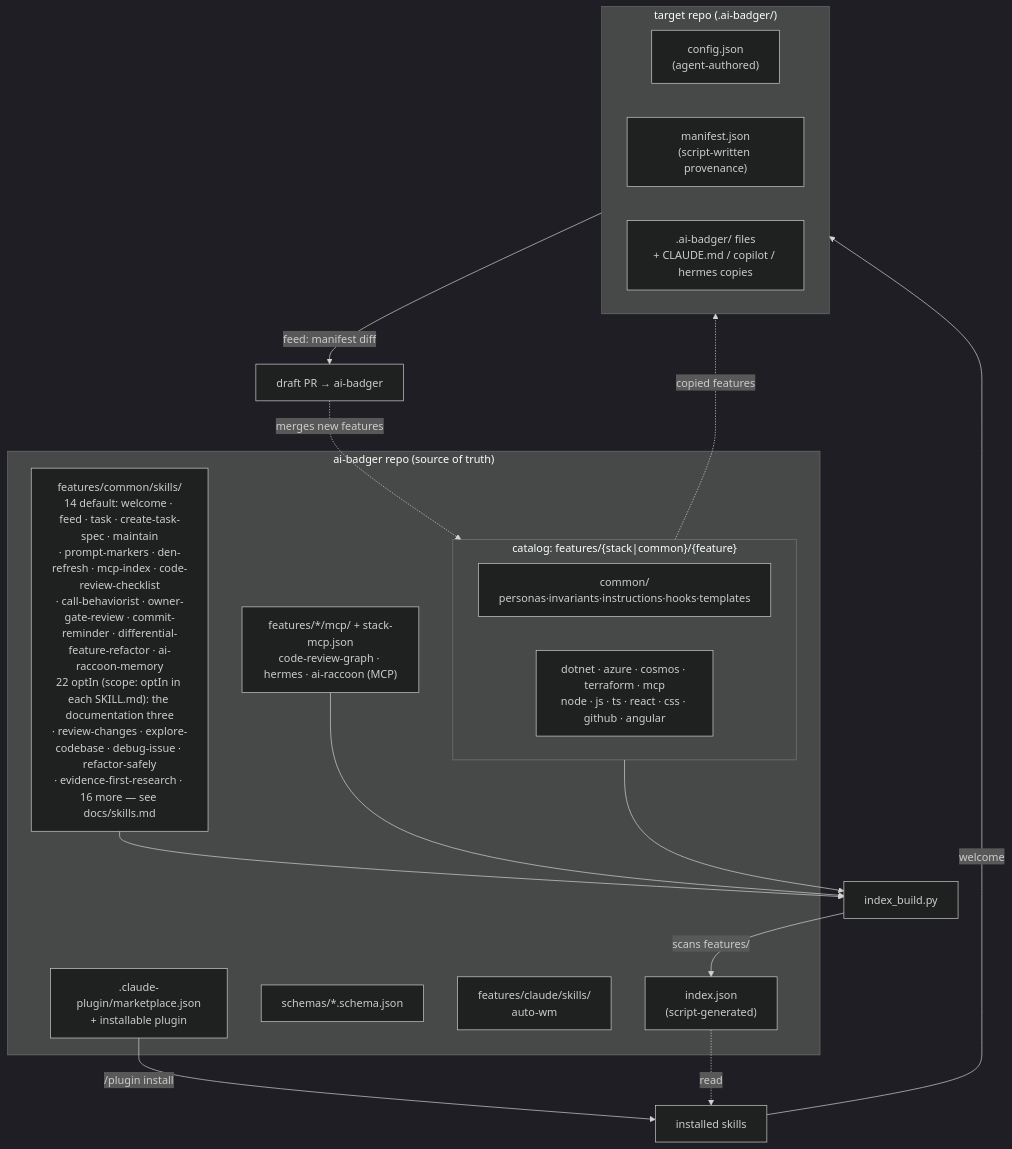
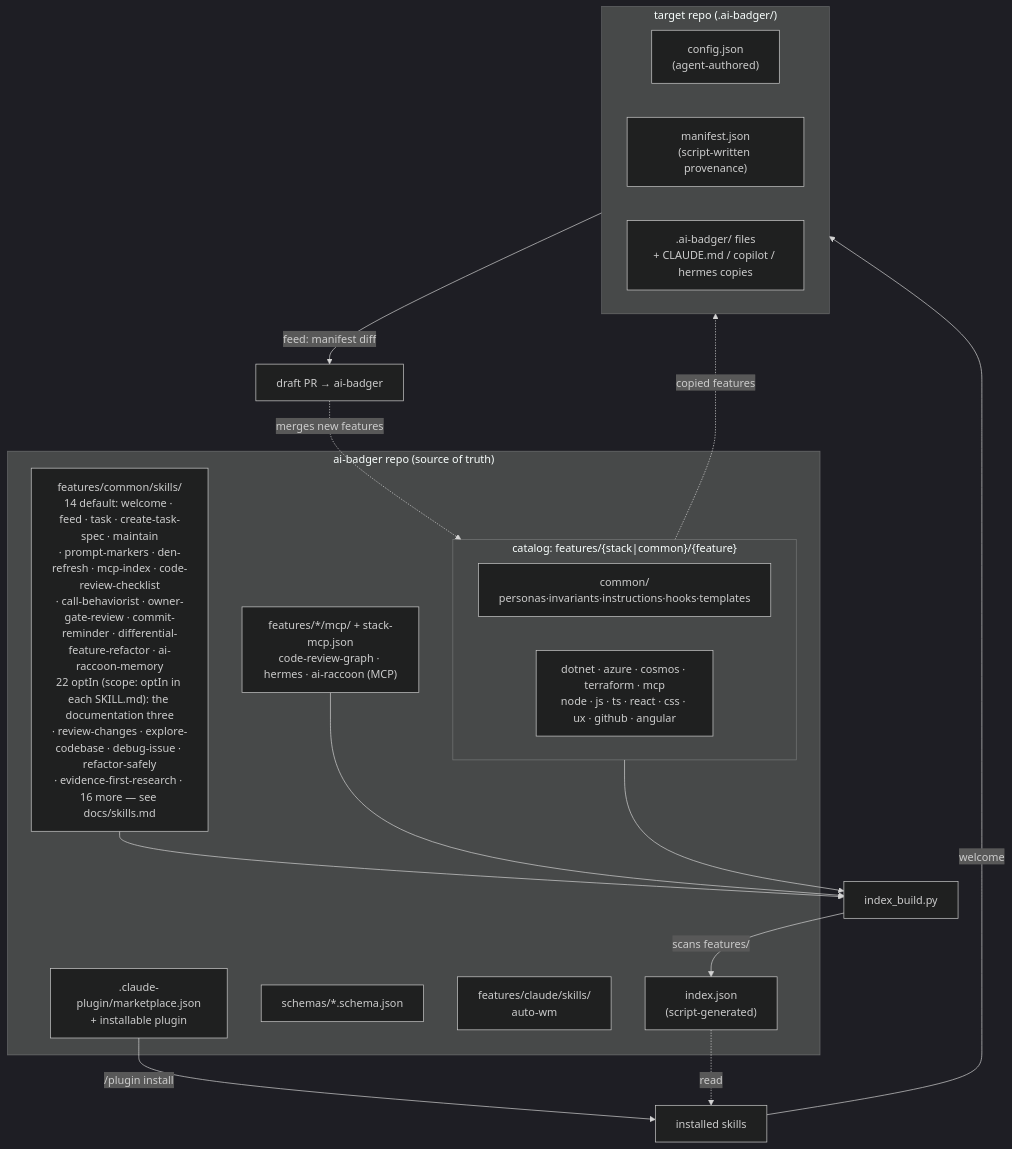
Before and after one commit to Arasz/ai-badger: the diagram in README.md, drawn with Mermaid (dark theme). The commit also changed other lines of this file and 22 other files, not shown here.

````diff
--- a/README.md
+++ b/README.md
@@ -273,30 +273,30 @@
 ```mermaid
 flowchart TB
   subgraph FW["ai-badger repo (source of truth)"]
     IDX["index.json\n(script-generated)"]
     SCH["schemas/*.schema.json"]
     subgraph CAT["catalog: features/{stack|common}/{feature}"]
       COMMON["common/\npersonas·invariants·instructions·hooks·templates"]
-      STACKS["dotnet · azure · cosmos · terraform · mcp\nnode · js · ts · react · css · github · angular"]
+      STACKS["dotnet · azure · cosmos · terraform · mcp\nnode · js · ts · react · css · ux · github · angular"]
     end
     SKILLSDIR["features/common/skills/\n14 default: welcome · feed · task · create-task-spec · maintain\n· prompt-markers · den-refresh · mcp-index · code-review-checklist\n· call-behaviorist · owner-gate-review · commit-reminder · differential-feature-refactor · ai-raccoon-memory\n22 optIn (scope: optIn in each SKILL.md): the documentation three\n· review-changes · explore-codebase · debug-issue · refactor-safely\n· evidence-first-research · 16 more — see docs/skills.md"]
     CLAUDESKILLS["features/claude/skills/\nauto-wm"]
     MCPCAT["features/*/mcp/ + stack-mcp.json\ncode-review-graph · hermes · ai-raccoon (MCP)"]
     MKT[".claude-plugin/marketplace.json\n+ installable plugin"]
   end
   IDXbuild["index_build.py"] -->|scans features/| IDX
   CAT --> IDXbuild
   SKILLSDIR --> IDXbuild
   MCPCAT --> IDXbuild
   MKT -->|/plugin install| SKILLS["installed skills"]
   IDX -. read .-> SKILLS
   CAT -. copied features .-> PROJ
   subgraph PROJ["target repo (.ai-badger/)"]
     CFG["config.json\n(agent-authored)"]
     MAN["manifest.json\n(script-written provenance)"]
     OUT[".ai-badger/ files\n+ CLAUDE.md / copilot / hermes copies"]
   end
   SKILLS -->|welcome| PROJ
   PROJ -->|feed: manifest diff| PRD["draft PR → ai-badger"]
   PRD -. merges new features .-> CAT
 ```
````
